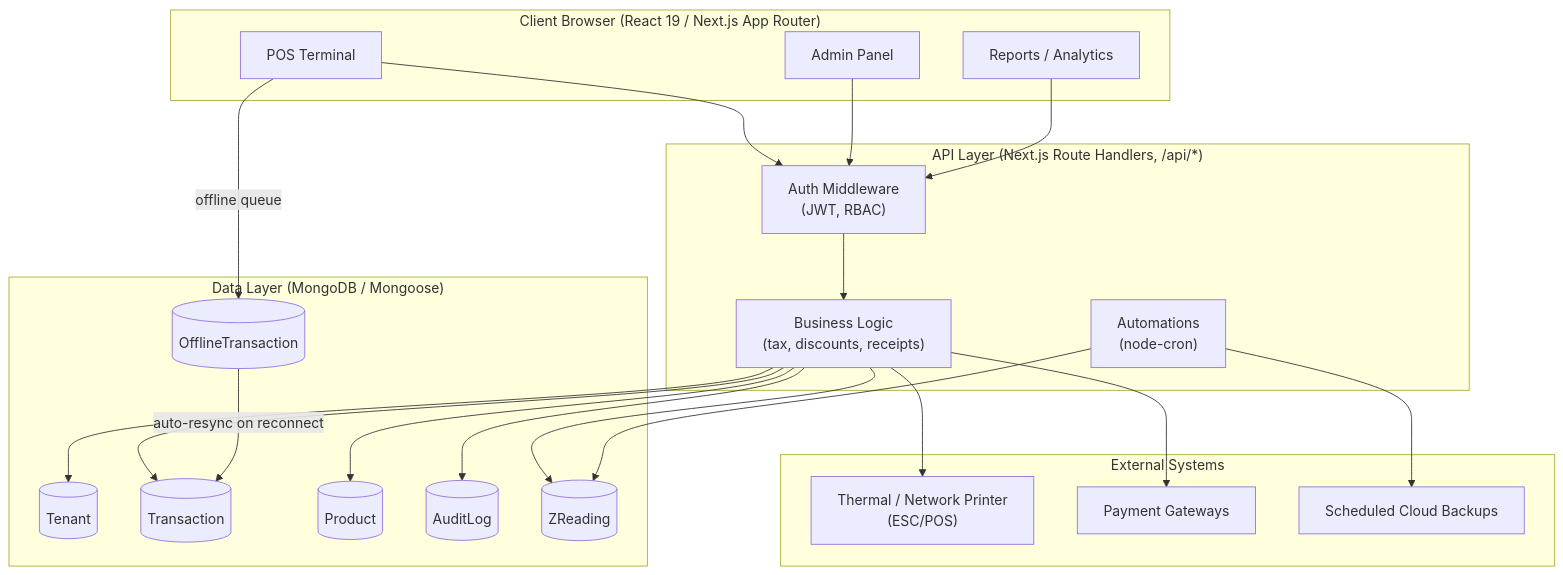
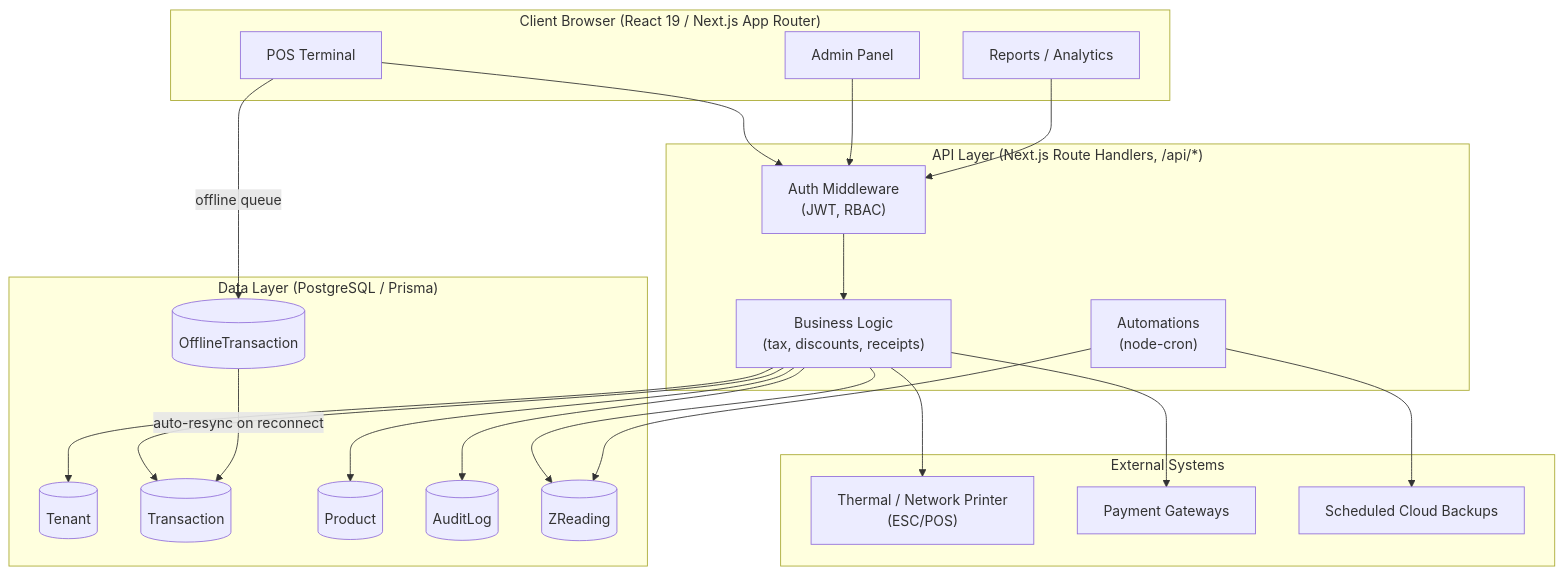
The first of 5 diagrams in docs/bir-documentation/BIR_ARCHITECTURE_DIAGRAMS.md (randy-rebucas/localpro-pos), drawn with Mermaid before and after one commit. The commit also changed other lines of this file and 17 other files, not shown here.

````diff
--- a/docs/bir-documentation/BIR_ARCHITECTURE_DIAGRAMS.md
+++ b/docs/bir-documentation/BIR_ARCHITECTURE_DIAGRAMS.md
@@ -11,45 +11,45 @@
 ```mermaid
 flowchart TB
     subgraph Client["Client Browser (React 19 / Next.js App Router)"]
         POS["POS Terminal"]
         Admin["Admin Panel"]
         Reports["Reports / Analytics"]
     end
 
     subgraph API["API Layer (Next.js Route Handlers, /api/*)"]
         Auth["Auth Middleware\n(JWT, RBAC)"]
         Biz["Business Logic\n(tax, discounts, receipts)"]
         Cron["Automations\n(node-cron)"]
     end
 
-    subgraph Data["Data Layer (MongoDB / Mongoose)"]
+    subgraph Data["Data Layer (PostgreSQL / Prisma)"]
         Tenant[("Tenant")]
         Transaction[("Transaction")]
         Product[("Product")]
         AuditLog[("AuditLog")]
         ZReading[("ZReading")]
         OfflineTx[("OfflineTransaction")]
     end
 
     subgraph External["External Systems"]
         Printer["Thermal / Network Printer\n(ESC/POS)"]
         Payment["Payment Gateways"]
         Backup["Scheduled Cloud Backups"]
     end
 
     POS --> Auth
     Admin --> Auth
     Reports --> Auth
     Auth --> Biz
     Biz --> Tenant
     Biz --> Transaction
     Biz --> Product
     Biz --> AuditLog
     Biz --> ZReading
     Cron --> Backup
     Cron --> ZReading
     POS -- "offline queue" --> OfflineTx
     OfflineTx -- "auto-resync on reconnect" --> Transaction
     Biz --> Printer
     Biz --> Payment
 ```
````
